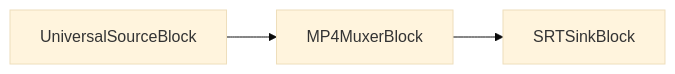
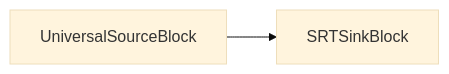
Before and after one commit to visioforge/help: diagram 18 of 24 in dotnet/mediablocks/Sinks/index.es.md, drawn with Mermaid (base theme). The commit also changed other lines of this file and 815 other files, not shown here.

````diff
--- a/dotnet/mediablocks/Sinks/index.es.md
+++ b/dotnet/mediablocks/Sinks/index.es.md
@@ -1179,5 +1190,4 @@
 ```mermaid
 graph LR;
-    UniversalSourceBlock-->MP4MuxerBlock;
-    MP4MuxerBlock-->SRTSinkBlock;
+    UniversalSourceBlock-->SRTSinkBlock;
 ```
````
